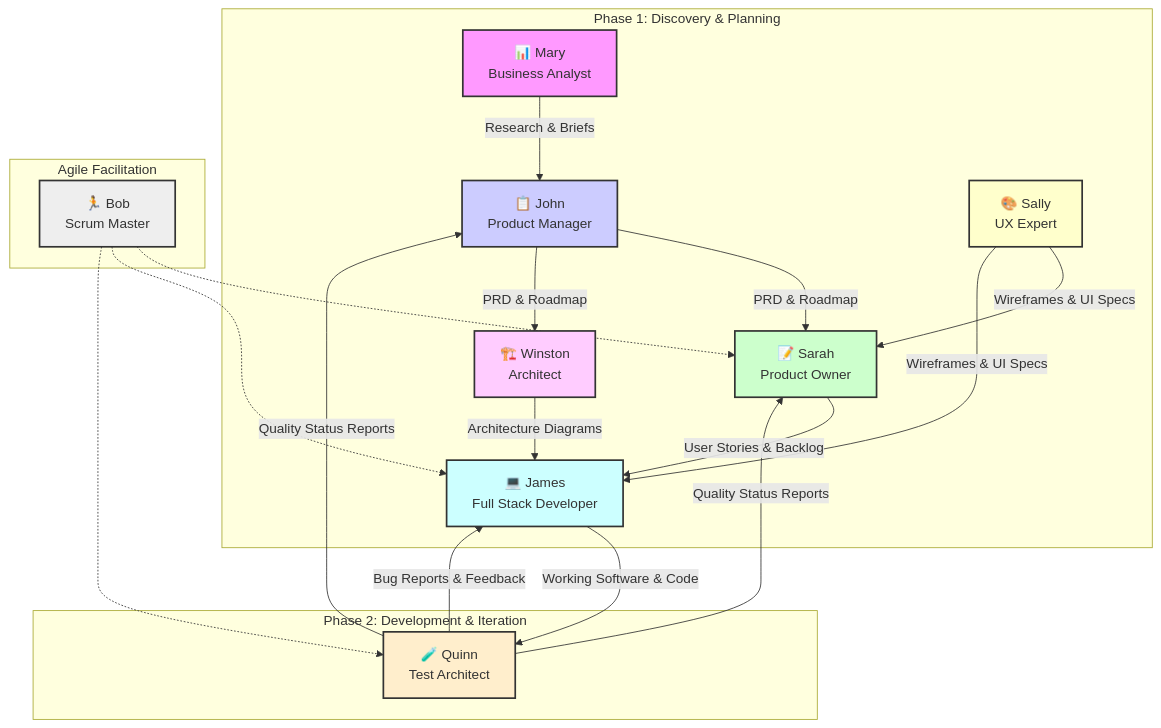
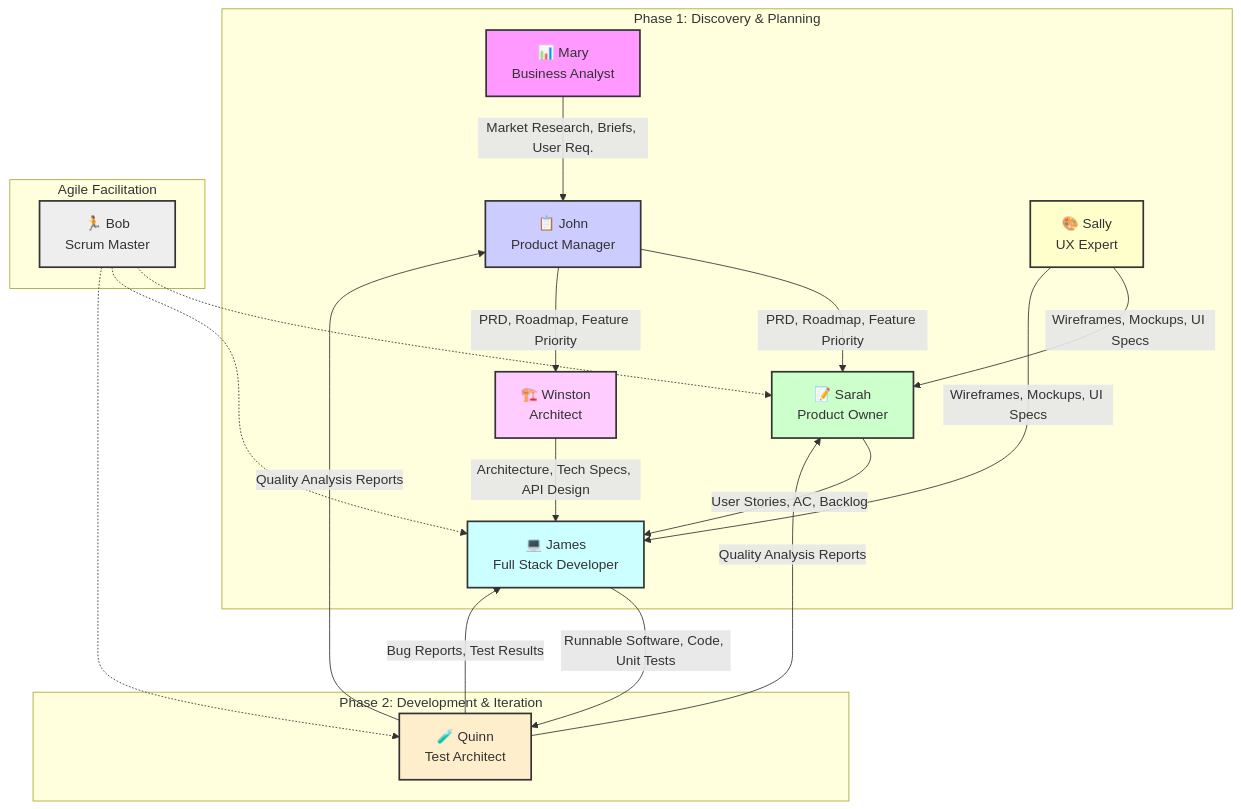
The diagram in docs/agent_guide.md (NoOM66/rich888), drawn with Mermaid before and after one commit.

Commit message:
docs: update agent guide

````diff
--- a/docs/agent_guide.md
+++ b/docs/agent_guide.md
@@ -54,35 +54,35 @@
 ```mermaid
 graph TD
     subgraph "Phase 1: Discovery & Planning"
-        A[📊 Mary <br> Business Analyst] -->|Research & Briefs| B[📋 John <br> Product Manager]
-        B -->|PRD & Roadmap| C[📝 Sarah <br> Product Owner]
-        B -->|PRD & Roadmap| D[🏗️ Winston <br> Architect]
-        E[🎨 Sally <br> UX Expert] -->|Wireframes & UI Specs| C
-        E -->|Wireframes & UI Specs| F[💻 James <br> Full Stack Developer]
+        A[📊 Mary <br> Business Analyst] -->|Market Research, Briefs, User Req.| B[📋 John <br> Product Manager]
+        B -->|PRD, Roadmap, Feature Priority| C[📝 Sarah <br> Product Owner]
+        B -->|PRD, Roadmap, Feature Priority| D[🏗️ Winston <br> Architect]
+        E[🎨 Sally <br> UX Expert] -->|Wireframes, Mockups, UI Specs| C
+        E -->|Wireframes, Mockups, UI Specs| F[💻 James <br> Full Stack Developer]
     end
 
     subgraph "Phase 2: Development & Iteration"
-        C -->|User Stories & Backlog| F
-        D -->|Architecture Diagrams| F
-        F -->|Working Software & Code| G[🧪 Quinn <br> Test Architect]
-        G -->|Bug Reports & Feedback| F
-        G -->|Quality Status Reports| C
-        G -->|Quality Status Reports| B
+        C -->|User Stories, AC, Backlog| F
+        D -->|Architecture, Tech Specs, API Design| F
+        F -->|Runnable Software, Code, Unit Tests| G[🧪 Quinn <br> Test Architect]
+        G -->|Bug Reports, Test Results| F
+        G -->|Quality Analysis Reports| C
+        G -->|Quality Analysis Reports| B
     end
 
     subgraph "Agile Facilitation"
          H[🏃 Bob <br> Scrum Master]
          H -.-> C
          H -.-> F
          H -.-> G
          style H fill:#eee,stroke:#333,stroke-width:2px
     end
 
     style A fill:#f9f,stroke:#333,stroke-width:2px
     style B fill:#ccf,stroke:#333,stroke-width:2px
     style C fill:#cfc,stroke:#333,stroke-width:2px
     style D fill:#fcf,stroke:#333,stroke-width:2px
     style E fill:#ffc,stroke:#333,stroke-width:2px
     style F fill:#cff,stroke:#333,stroke-width:2px
     style G fill:#fec,stroke:#333,stroke-width:2px
 ```
````
